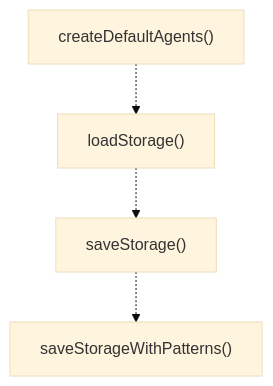
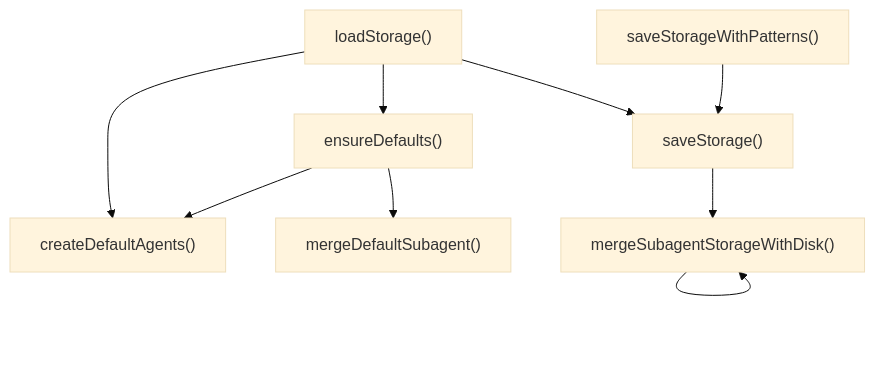
One commit to Mekann2904/mekann changed the third of 4 diagrams in ABDD/.pi/extensions/subagents/storage.md. Above: the diagram before and after it, drawn with Mermaid (base theme). The commit also changed other lines of this file and 277 other files, not shown here.

````diff
--- a/ABDD/.pi/extensions/subagents/storage.md
+++ b/ABDD/.pi/extensions/subagents/storage.md
@@ -91,10 +91,18 @@
 ```mermaid
 flowchart TD
   createDefaultAgents["createDefaultAgents()"]
+  ensureDefaults["ensureDefaults()"]
   loadStorage["loadStorage()"]
+  mergeDefaultSubagent["mergeDefaultSubagent()"]
+  mergeSubagentStorageWithDisk["mergeSubagentStorageWithDisk()"]
   saveStorage["saveStorage()"]
   saveStorageWithPatterns["saveStorageWithPatterns()"]
-  createDefaultAgents -.-> loadStorage
-  loadStorage -.-> saveStorage
-  saveStorage -.-> saveStorageWithPatterns
+  ensureDefaults --> createDefaultAgents
+  ensureDefaults --> mergeDefaultSubagent
+  loadStorage --> createDefaultAgents
+  loadStorage --> ensureDefaults
+  loadStorage --> saveStorage
+  mergeSubagentStorageWithDisk --> mergeSubagentStorageWithDisk
+  saveStorage --> mergeSubagentStorageWithDisk
+  saveStorageWithPatterns --> saveStorage
 ```
````
